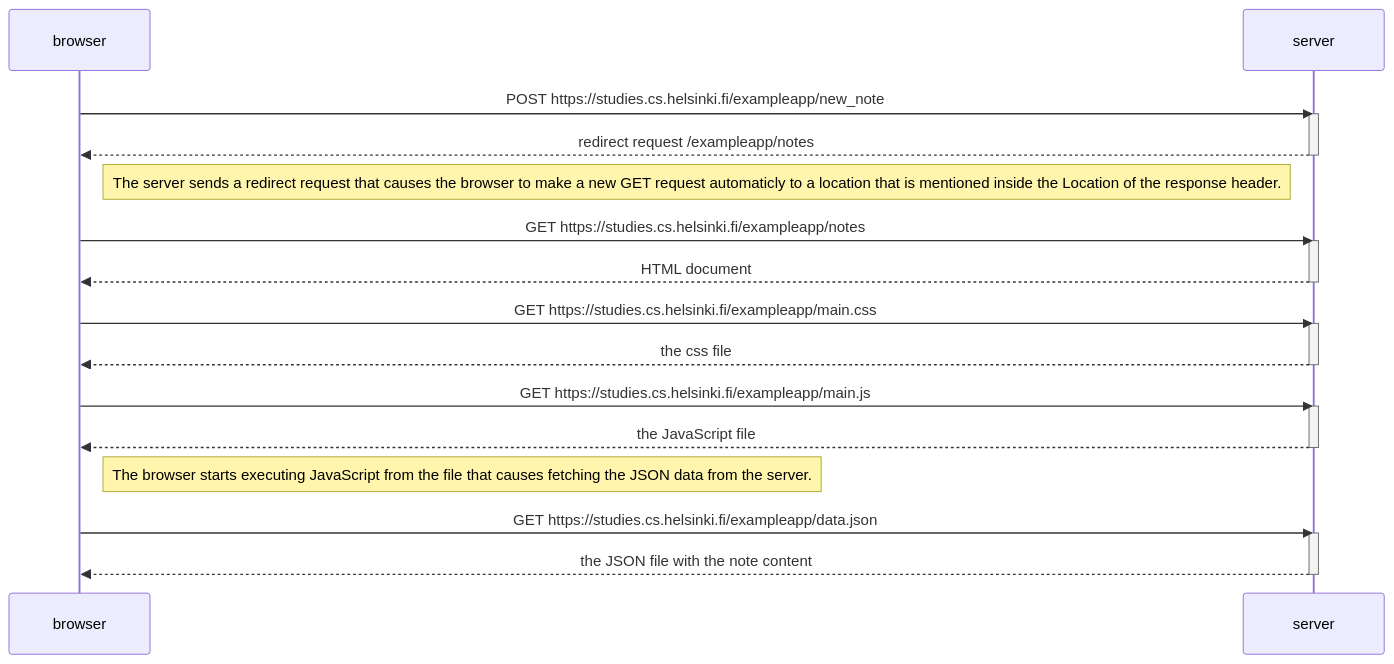
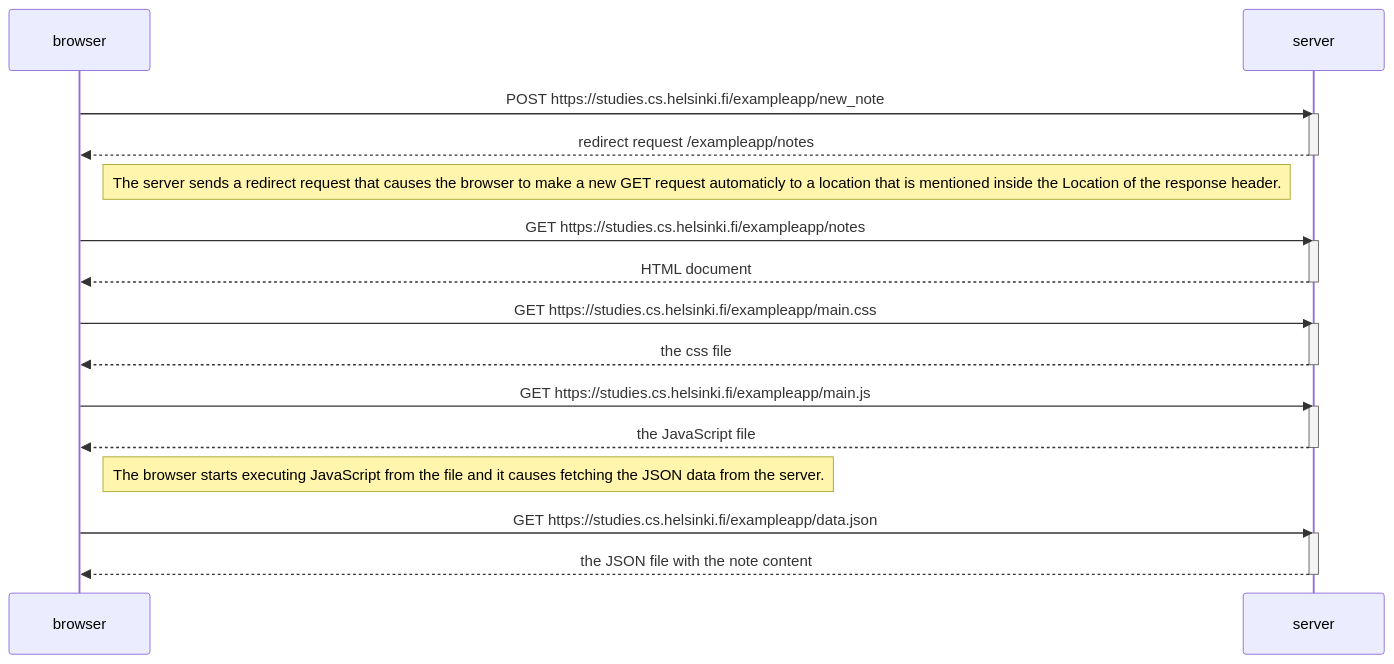
One commit to KPkoodit/FullStackOpen changed the diagram in osa0/UusiMuistiinpano04/kaavio04.md. Above: the diagram before and after it, drawn with Mermaid.

````diff
--- a/osa0/UusiMuistiinpano04/kaavio04.md
+++ b/osa0/UusiMuistiinpano04/kaavio04.md
@@ -1,34 +1,34 @@
 ```mermaid
 sequenceDiagram
     participant browser
     participant server
 
     browser->>server: POST https://studies.cs.helsinki.fi/exampleapp/new_note
     activate server
     server-->>browser: redirect request /exampleapp/notes
     deactivate server
 
     Note right of browser: The server sends a redirect request that causes the browser to make a new GET request automaticly to a location that is mentioned inside the Location of the response header.
 
     browser->>server: GET https://studies.cs.helsinki.fi/exampleapp/notes
     activate server
     server-->>browser: HTML document
     deactivate server
 
     browser->>server: GET https://studies.cs.helsinki.fi/exampleapp/main.css
     activate server
     server-->>browser: the css file
     deactivate server
     
     browser->>server: GET https://studies.cs.helsinki.fi/exampleapp/main.js
     activate server
     server-->>browser: the JavaScript file
     deactivate server
 
-    Note right of browser: The browser starts executing JavaScript from the file that causes fetching the JSON data from the server.
+    Note right of browser: The browser starts executing JavaScript from the file and it causes fetching the JSON data from the server.
 
     browser->>server: GET https://studies.cs.helsinki.fi/exampleapp/data.json
     activate server
     server-->>browser: the JSON file with the note content
     deactivate server
 ```
````
